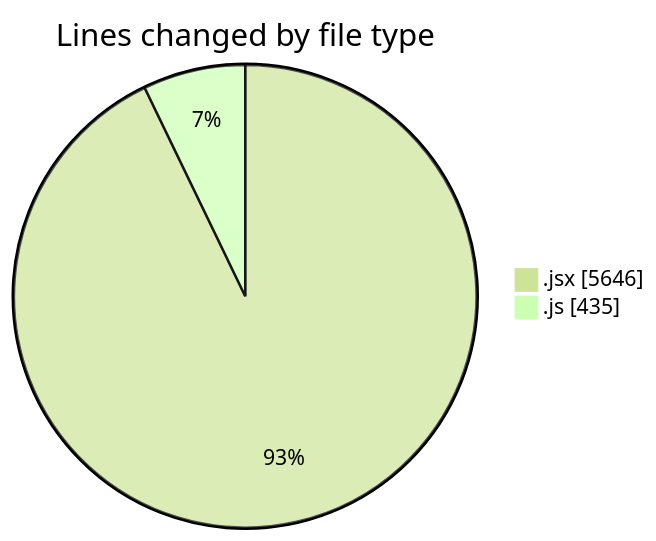
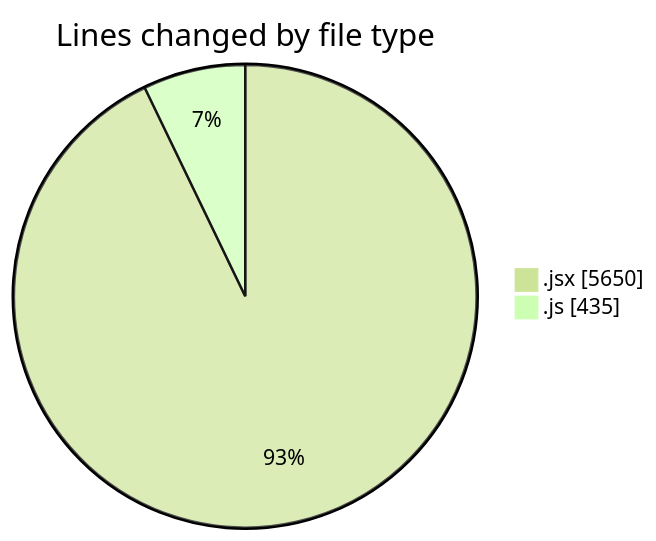
One commit to nxtqubesakshisongat/code-tracking changed the first of 2 diagrams in 2025-12-11/nxtqube_webapp/README.md. Above: the diagram before and after it, drawn with Mermaid (forest theme). The commit also changed other lines of this file and 1 other file, not shown here.

````diff
--- a/2025-12-11/nxtqube_webapp/README.md
+++ b/2025-12-11/nxtqube_webapp/README.md
@@ -31,6 +31,6 @@
 ```mermaid
 pie showData
 title Lines changed by file type
-".jsx" : 5646
+".jsx" : 5650
 ".js" : 435
 ```
````
